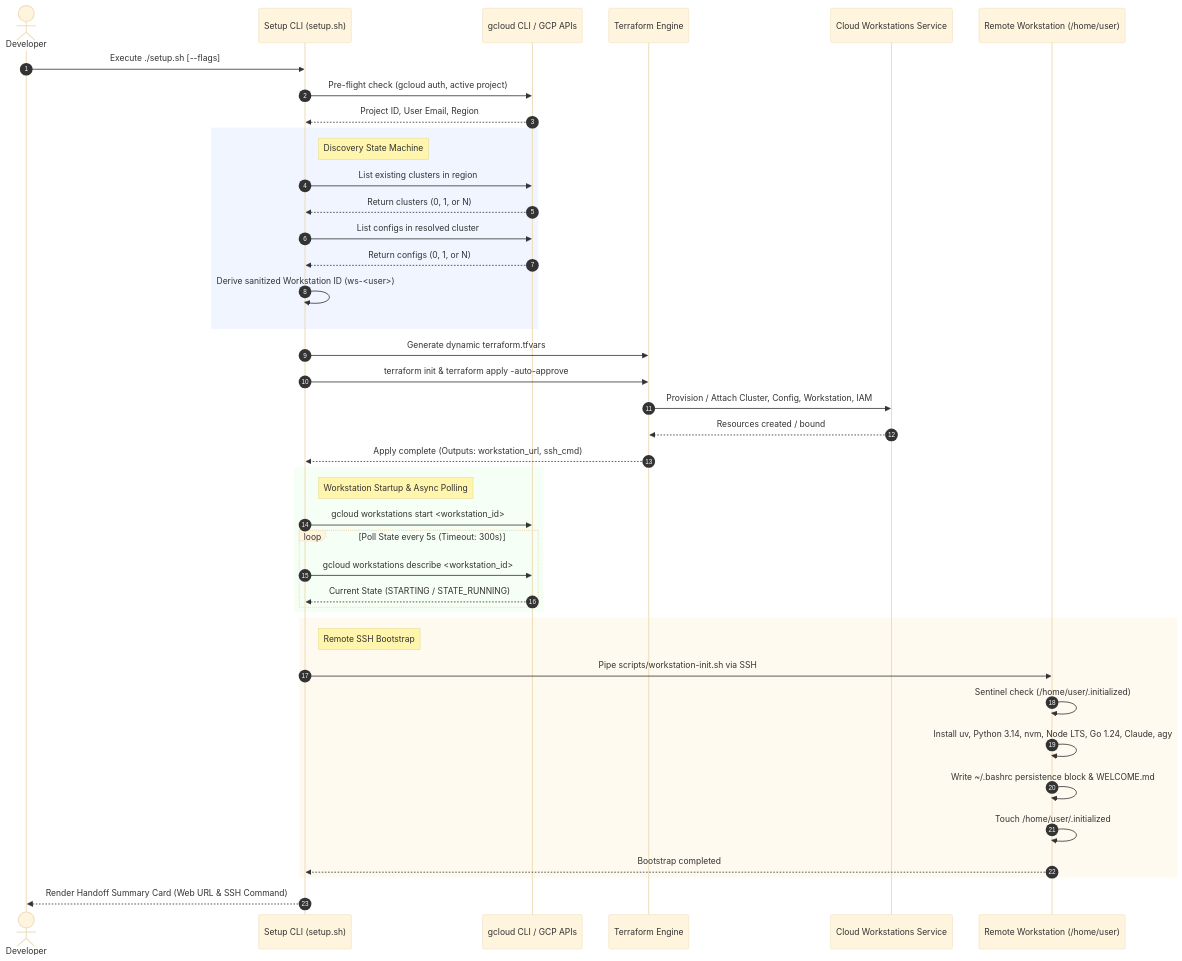
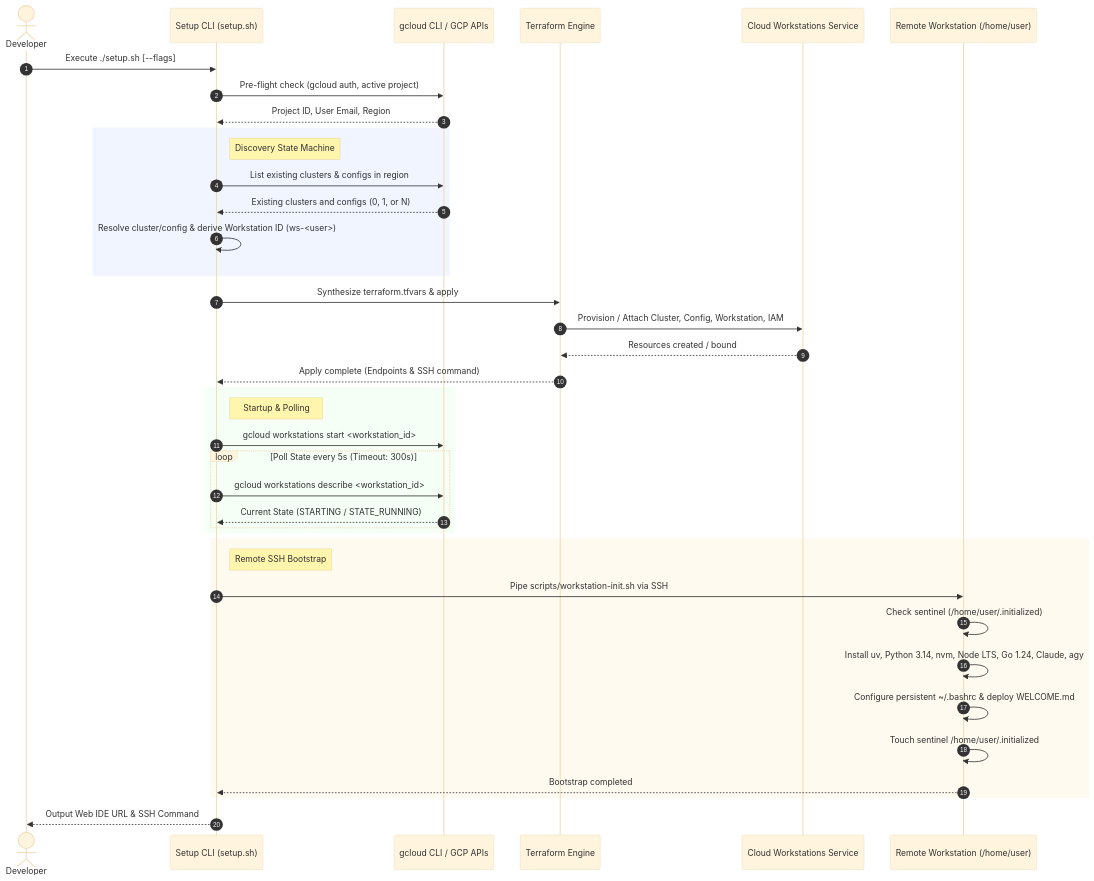
Before and after one commit to goodrules/ai-dev-workstation: the diagram in README.md, drawn with Mermaid (base theme). The commit also changed other lines of this file, not shown here.

First line of the commit message:
docs: streamline README focusing on architecture, usage, and official references

````diff
--- a/README.md
+++ b/README.md
@@ -70,50 +22,47 @@
 ```mermaid
 sequenceDiagram
     autonumber
     actor Developer
     participant Orchestrator as Setup CLI (setup.sh)
     participant GCloud as gcloud CLI / GCP APIs
     participant Terraform as Terraform Engine
     participant GCE as Cloud Workstations Service
     participant Container as Remote Workstation (/home/user)
 
     Developer->>Orchestrator: Execute ./setup.sh [--flags]
     Orchestrator->>GCloud: Pre-flight check (gcloud auth, active project)
     GCloud-->>Orchestrator: Project ID, User Email, Region
 
     rect rgb(240, 245, 255)
     note right of Orchestrator: Discovery State Machine
-    Orchestrator->>GCloud: List existing clusters in region
-    GCloud-->>Orchestrator: Return clusters (0, 1, or N)
-    Orchestrator->>GCloud: List configs in resolved cluster
-    GCloud-->>Orchestrator: Return configs (0, 1, or N)
-    Orchestrator->>Orchestrator: Derive sanitized Workstation ID (ws-<user>)
+    Orchestrator->>GCloud: List existing clusters & configs in region
+    GCloud-->>Orchestrator: Existing clusters and configs (0, 1, or N)
+    Orchestrator->>Orchestrator: Resolve cluster/config & derive Workstation ID (ws-<user>)
     end
 
-    Orchestrator->>Terraform: Generate dynamic terraform.tfvars
-    Orchestrator->>Terraform: terraform init & terraform apply -auto-approve
+    Orchestrator->>Terraform: Synthesize terraform.tfvars & apply
     Terraform->>GCE: Provision / Attach Cluster, Config, Workstation, IAM
     GCE-->>Terraform: Resources created / bound
-    Terraform-->>Orchestrator: Apply complete (Outputs: workstation_url, ssh_cmd)
+    Terraform-->>Orchestrator: Apply complete (Endpoints & SSH command)
 
     rect rgb(245, 255, 245)
-    note right of Orchestrator: Workstation Startup & Async Polling
+    note right of Orchestrator: Startup & Polling
     Orchestrator->>GCloud: gcloud workstations start <workstation_id>
     loop Poll State every 5s (Timeout: 300s)
         Orchestrator->>GCloud: gcloud workstations describe <workstation_id>
         GCloud-->>Orchestrator: Current State (STARTING / STATE_RUNNING)
     end
     end
 
     rect rgb(255, 250, 240)
     note right of Orchestrator: Remote SSH Bootstrap
     Orchestrator->>Container: Pipe scripts/workstation-init.sh via SSH
-    Container->>Container: Sentinel check (/home/user/.initialized)
+    Container->>Container: Check sentinel (/home/user/.initialized)
     Container->>Container: Install uv, Python 3.14, nvm, Node LTS, Go 1.24, Claude, agy
-    Container->>Container: Write ~/.bashrc persistence block & WELCOME.md
-    Container->>Container: Touch /home/user/.initialized
+    Container->>Container: Configure persistent ~/.bashrc & deploy WELCOME.md
+    Container->>Container: Touch sentinel /home/user/.initialized
     Container-->>Orchestrator: Bootstrap completed
     end
 
-    Orchestrator-->>Developer: Render Handoff Summary Card (Web URL & SSH Command)
+    Orchestrator-->>Developer: Output Web IDE URL & SSH Command
 ```
````
